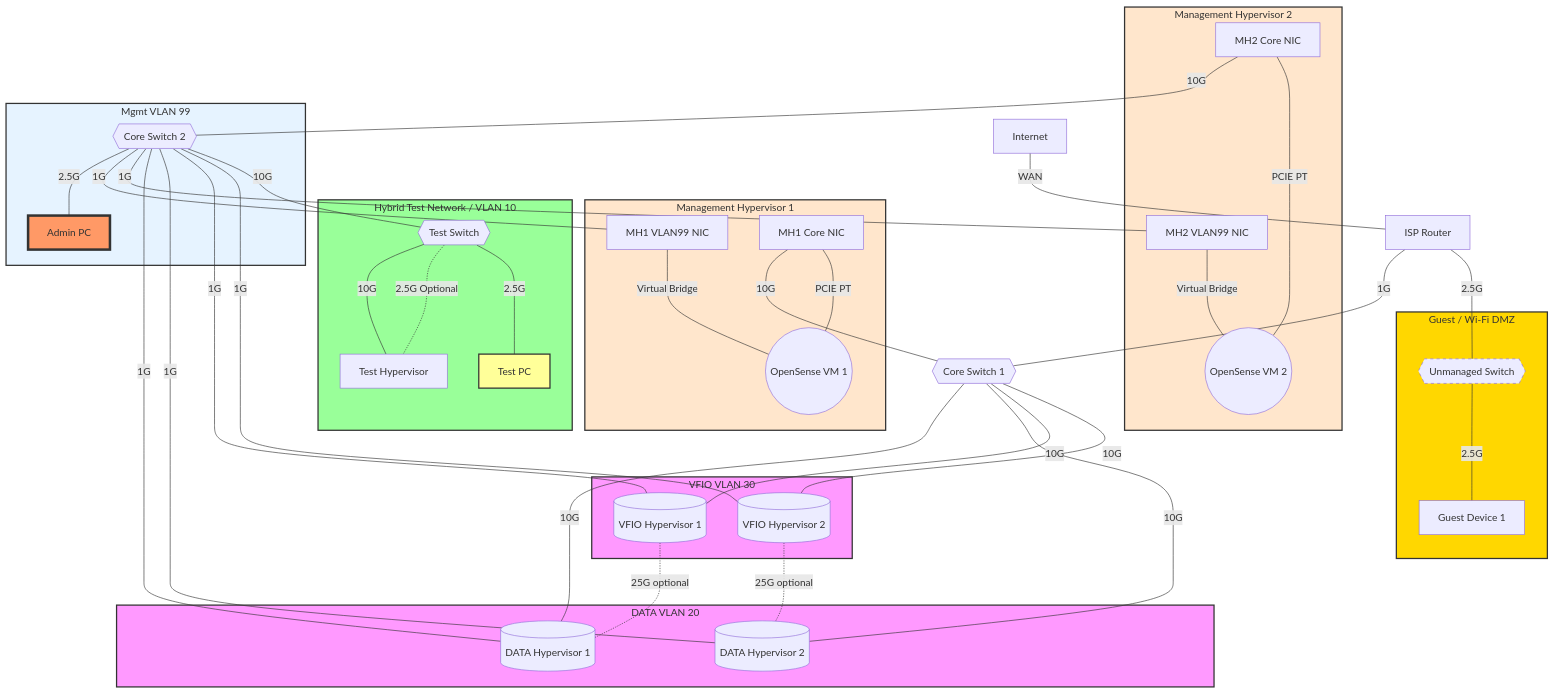
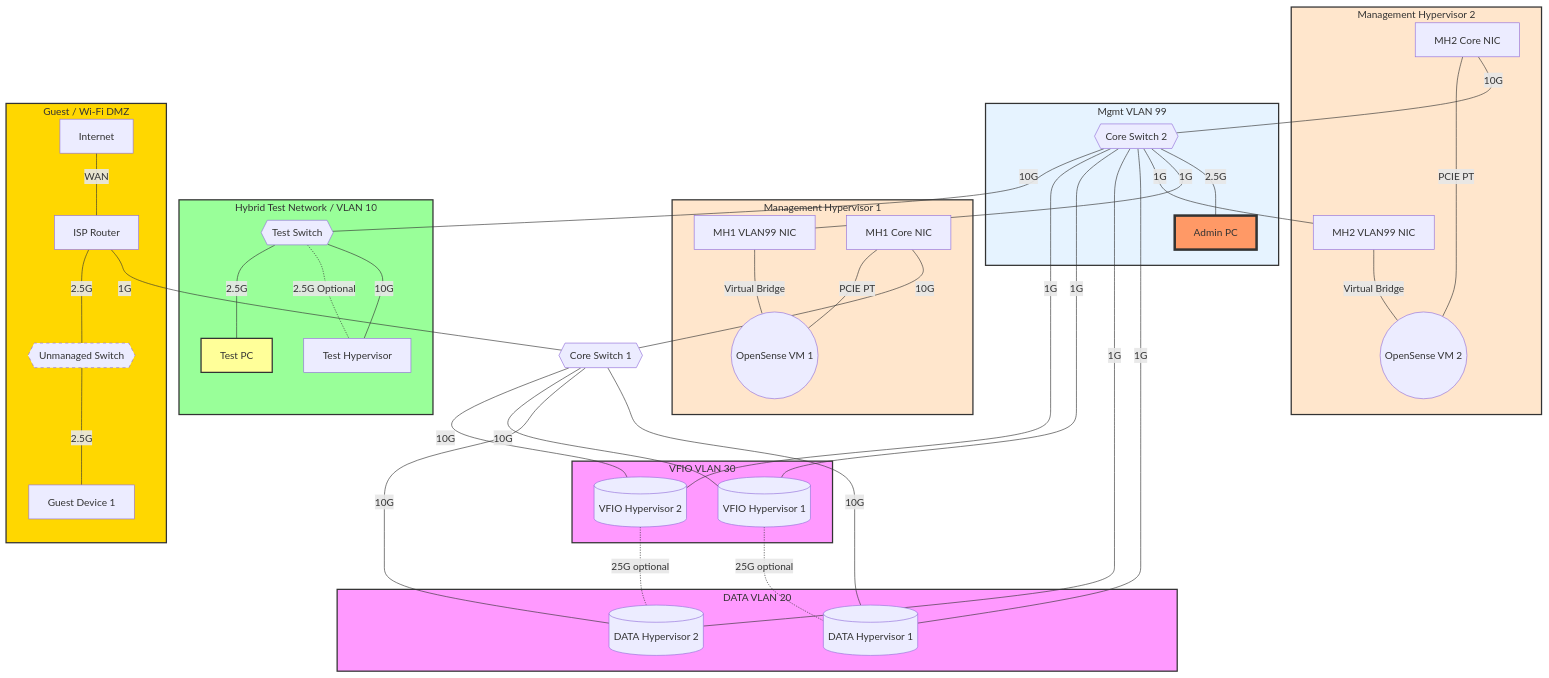
Before and after one commit to woeiru/lab: the diagram in alp/netop6.1.md, drawn with Mermaid.

````diff
--- a/alp/netop6.1.md
+++ b/alp/netop6.1.md
@@ -3,73 +3,75 @@
 ```mermaid
 graph TD
     INT[Internet] --- |WAN| ISPR[ISP Router]
     ISPR --- |"1G"| CS1{{Core Switch 1}}
     ISPR ---|"2.5G"| US{{Unmanaged Switch}}
     US ---|"2.5G"| GD[Guest Device 1]
     CS2{{Core Switch 2}} ---|"2.5G"| AP[Admin PC]
     CS2 ---|"1G"| MH1NIC3[MH1 VLAN99 NIC]
     CS2 ---|"1G"| MH2NIC3[MH2 VLAN99 NIC]
     CS2 ---|"1G"| DH1
     CS2 ---|"1G"| DH2
     CS2 ---|"1G"| VH1
     CS2 ---|"1G"| VH2
     MH1NIC2[MH1 Core NIC] ---|"10G"| CS1
     MH2NIC2[MH2 Core NIC] ---|"10G"| CS2
     CS1 ---|"10G"| DH1[(DATA Hypervisor 1)]
     CS1 ---|"10G"| DH2[(DATA Hypervisor 2)]
     CS1 ---|"10G"| VH1[(VFIO Hypervisor 1)]
     CS1 ---|"10G"| VH2[(VFIO Hypervisor 2)]
     VH1 -.-|"25G optional"| DH1
     VH2 -.-|"25G optional"| DH2
     CS2 ---|"10G"| TS{{Test Switch}}
     TS ---|"10G"| TH[Test Hypervisor]
     TS -.-|"2.5G Optional"| TH
     TS ---|"2.5G"| TM[Test PC]
     subgraph MH1[Management Hypervisor 1]
         MH1NIC2 ---|"PCIE PT"| OPN1((OpenSense VM 1))
         MH1NIC3 ---|"Virtual Bridge"| OPN1
     end
     subgraph MH2[Management Hypervisor 2]
         MH2NIC2 ---|"PCIE PT"| OPN2((OpenSense VM 2))
         MH2NIC3 ---|"Virtual Bridge"| OPN2
     end
     subgraph VLAN20 [DATA VLAN 20]
         DH1
         DH2
     end
     subgraph VLAN30 [VFIO VLAN 30]
         VH1
         VH2
     end
     subgraph VLAN10 [Hybrid Test Network / VLAN 10]
         TS
         TH
         TM
     end
     subgraph VLAN99 [Mgmt VLAN 99]
         CS2
         AP
         MH1NIC3
         MH2NIC3
     end
     subgraph Guest [Guest / Wi-Fi DMZ]
+        INT
+        ISPR
         US
         GD
     end
     classDef vlan fill:#f9f,stroke:#333,stroke-width:2px;
     class VLAN20,VLAN30 vlan;
     classDef vlan99 fill:#e6f3ff,stroke:#333,stroke-width:2px;
     class VLAN99 vlan99;
     classDef hybridtestnet fill:#9f9,stroke:#333,stroke-width:2px;
     class VLAN10 hybridtestnet;
     classDef mghypervisor fill:#ffe6cc,stroke:#333,stroke-width:2px;
     class MH1,MH2 mghypervisor;
     classDef optional stroke-dasharray: 5 5;
     class US optional;
     classDef adminpc fill:#f96,stroke:#333,stroke-width:4px;
     class AP adminpc;
     classDef testmachine fill:#ff9,stroke:#333,stroke-width:2px;
     class TM testmachine;
     classDef dmz fill:#ffd700,stroke:#333,stroke-width:2px;
     class Guest dmz;
 ```
````
